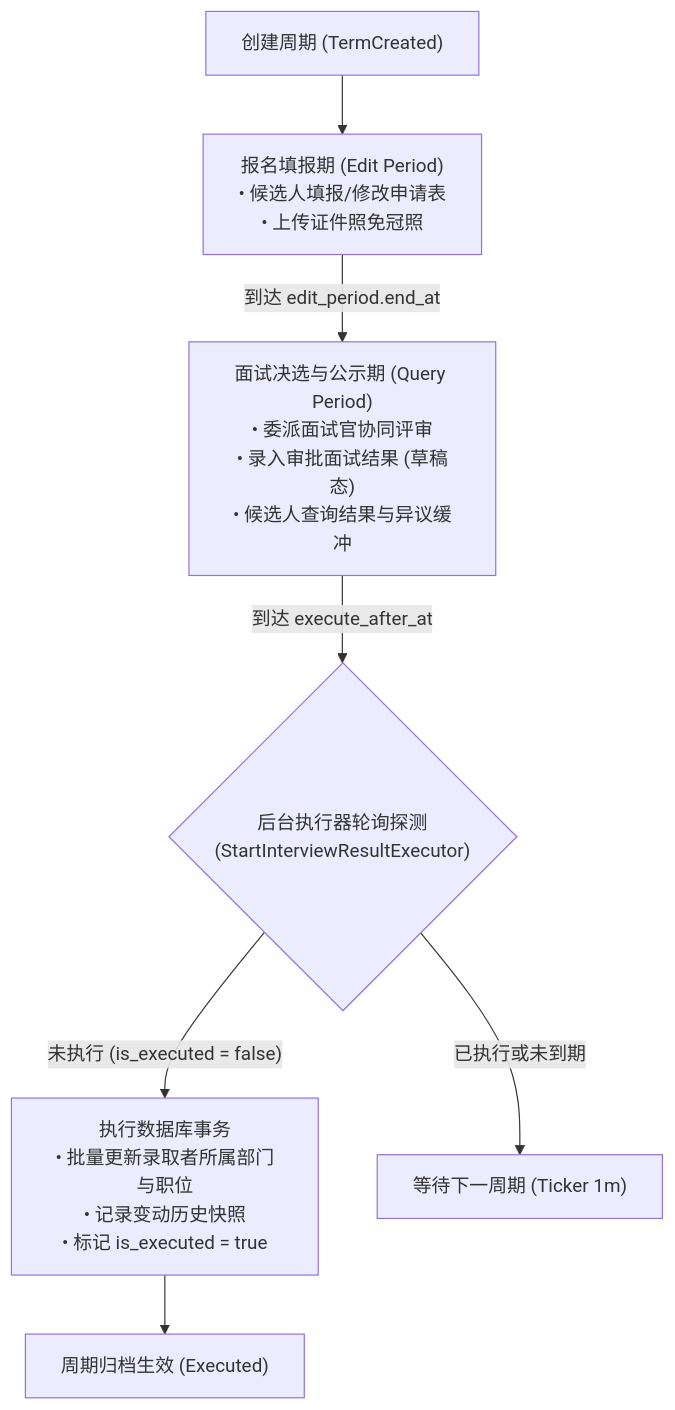
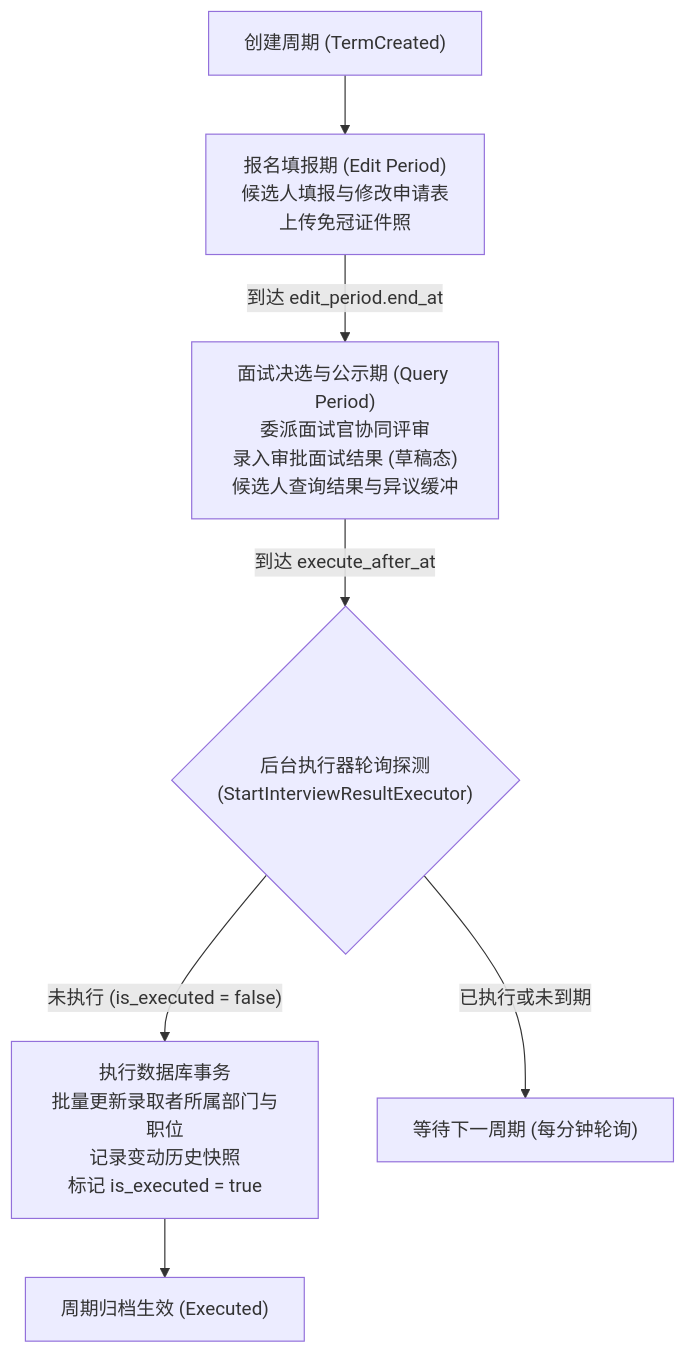
Before and after one commit to suse-edu-cn/SUSE-OAA-BACKEND: the first of 2 diagrams in README.md, drawn with Mermaid. The commit also changed other lines of this file and 4 other files, not shown here.

````diff
--- a/README.md
+++ b/README.md
@@ -82,9 +73,9 @@
 ```mermaid
 flowchart TD
-    Init["创建周期 (TermCreated)"] --> Edit["报名填报期 (Edit Period)<br/>• 候选人填报/修改申请表<br/>• 上传证件照免冠照"]
-    Edit -->|"到达 edit_period.end_at"| Query["面试决选与公示期 (Query Period)<br/>• 委派面试官协同评审<br/>• 录入审批面试结果 (草稿态)<br/>• 候选人查询结果与异议缓冲"]
+    Init["创建周期 (TermCreated)"] --> Edit["报名填报期 (Edit Period)<br/>候选人填报与修改申请表<br/>上传免冠证件照"]
+    Edit -->|"到达 edit_period.end_at"| Query["面试决选与公示期 (Query Period)<br/>委派面试官协同评审<br/>录入审批面试结果 (草稿态)<br/>候选人查询结果与异议缓冲"]
     Query -->|"到达 execute_after_at"| Executor{"后台执行器轮询探测<br/>(StartInterviewResultExecutor)"}
-    Executor -->|"未执行 (is_executed = false)"| Trans["执行数据库事务<br/>• 批量更新录取者所属部门与职位<br/>• 记录变动历史快照<br/>• 标记 is_executed = true"]
+    Executor -->|"未执行 (is_executed = false)"| Trans["执行数据库事务<br/>批量更新录取者所属部门与职位<br/>记录变动历史快照<br/>标记 is_executed = true"]
     Trans --> Done["周期归档生效 (Executed)"]
-    Executor -->|"已执行或未到期"| Sleep["等待下一周期 (Ticker 1m)"]
+    Executor -->|"已执行或未到期"| Sleep["等待下一周期 (每分钟轮询)"]
 ```
````
